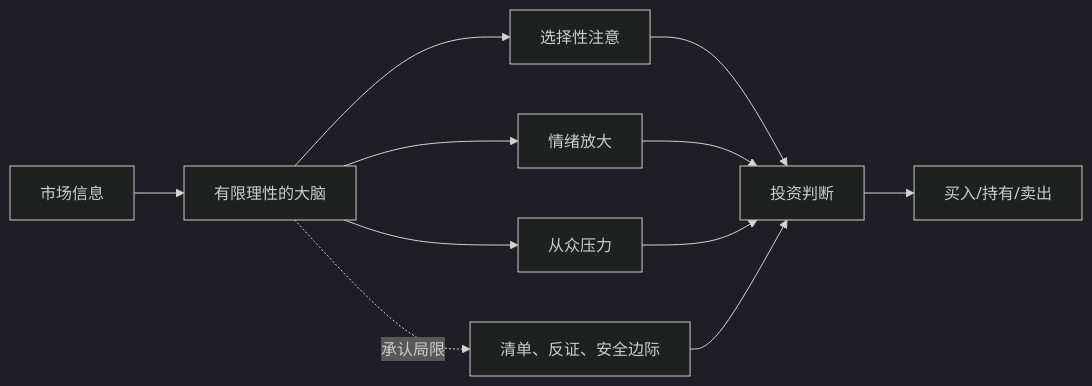
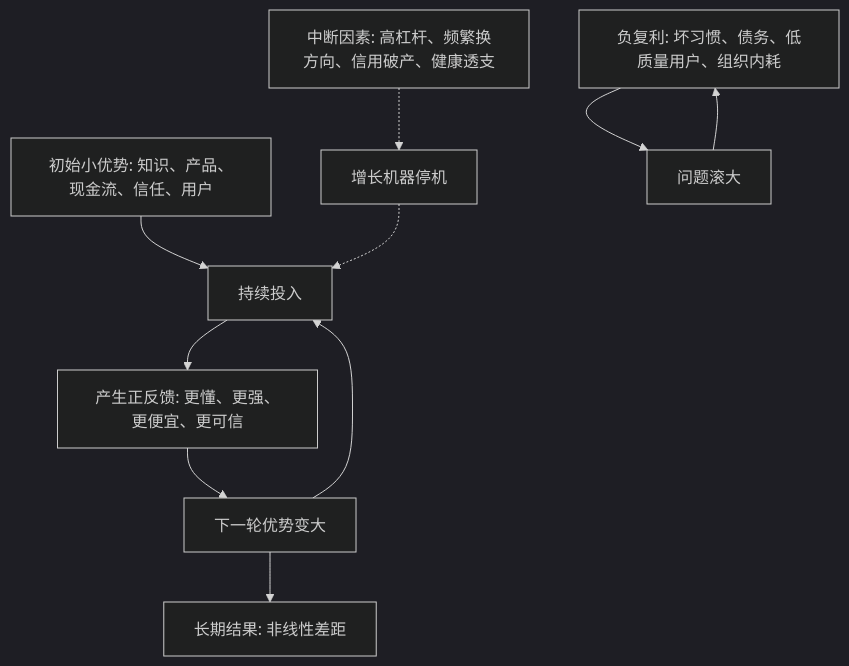
One commit to digoal/blog changed the diagram in 202605/20260519_22.md. Above: the diagram before and after it, drawn with Mermaid (dark theme). The commit also changed other lines of this file and 51 other files, not shown here.

````diff
--- a/202605/20260519_22.md
+++ b/202605/20260519_22.md
@@ -22,13 +22,13 @@
 ```mermaid
-flowchart LR
-  A["市场信息"] --> B["有限理性的大脑"]
-  B --> C["选择性注意"]
-  B --> D["情绪放大"]
-  B --> E["从众压力"]
-  C --> F["投资判断"]
-  D --> F
-  E --> F
-  F --> G["买入/持有/卖出"]
-  B -. "承认局限" .-> H["清单、反证、安全边际"]
-  H --> F
+flowchart TD
+  A["初始小优势: 知识、产品、现金流、信任、用户"] --> B["持续投入"]
+  B --> C["产生正反馈: 更懂、更强、更便宜、更可信"]
+  C --> D["下一轮优势变大"]
+  D --> B
+  D --> E["长期结果: 非线性差距"]
+
+  F["中断因素: 高杠杆、频繁换方向、信用破产、健康透支"] -.-> G["增长机器停机"]
+  G -.-> B
+  H["负复利: 坏习惯、债务、低质量用户、组织内耗"] --> I["问题滚大"]
+  I --> H
 ```
````
